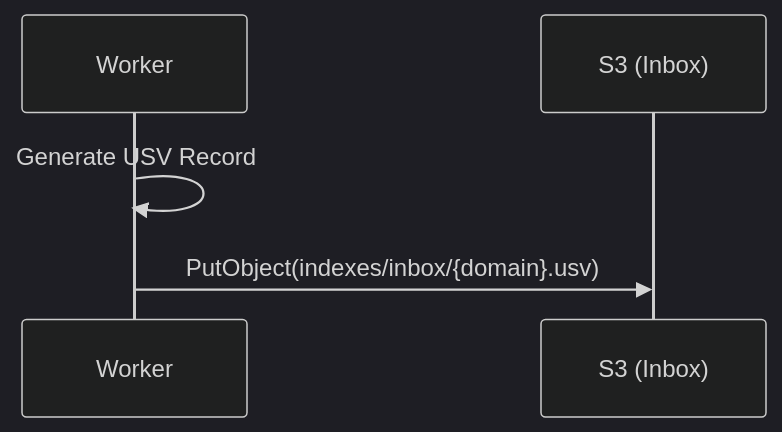
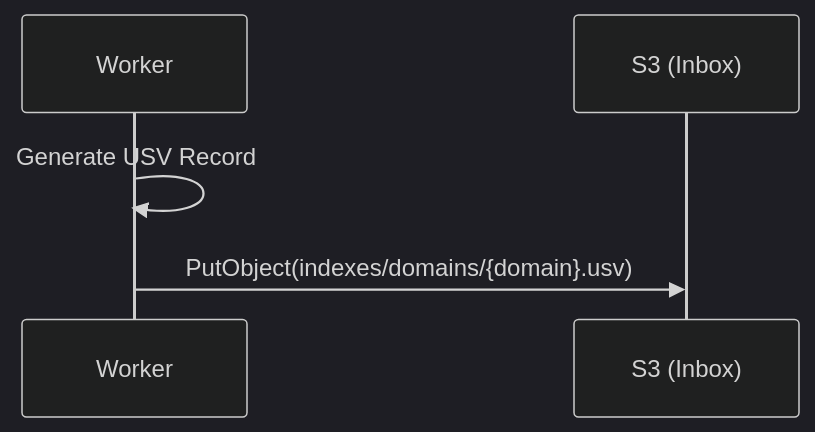
The first of 2 diagrams in docs/adr/013-deterministic-hash-sharded-index/README.md (bizkite-co/cocli), drawn with Mermaid (dark theme) before and after one commit. The commit also changed other lines of this file and 1 other file, not shown here.

Commit message:
plan: Document index inbox compiler locking mechanism

````diff
--- a/docs/adr/013-deterministic-hash-sharded-index/README.md
+++ b/docs/adr/013-deterministic-hash-sharded-index/README.md
@@ -62,8 +62,8 @@
 ```mermaid
 sequenceDiagram
     participant W as Worker
     participant S3 as S3 (Inbox)
     
     W->>W: Generate USV Record
-    W->>S3: PutObject(indexes/inbox/{domain}.usv)
+    W->>S3: PutObject(indexes/domains/{domain}.usv)
 ```
````
